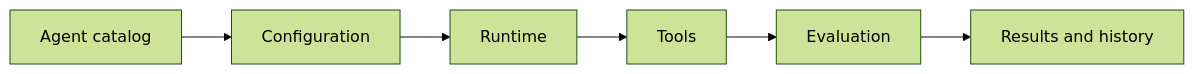
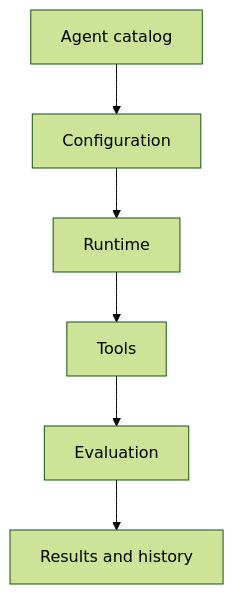
One commit to J0UH/ai-agent-marketplace changed the diagram in README.md. Above: the diagram before and after it, drawn with Mermaid (forest theme).

Commit message:
docs: build visual project portfolio

````diff
--- a/README.md
+++ b/README.md
@@ -26,14 +26,14 @@
 ```mermaid
-flowchart LR
+flowchart TD
     n0["Agent catalog"]
     n1["Configuration"]
     n2["Runtime"]
     n3["Tools"]
     n4["Evaluation"]
     n5["Results and history"]
     n0 --> n1
     n1 --> n2
     n2 --> n3
     n3 --> n4
     n4 --> n5
 ```
````
